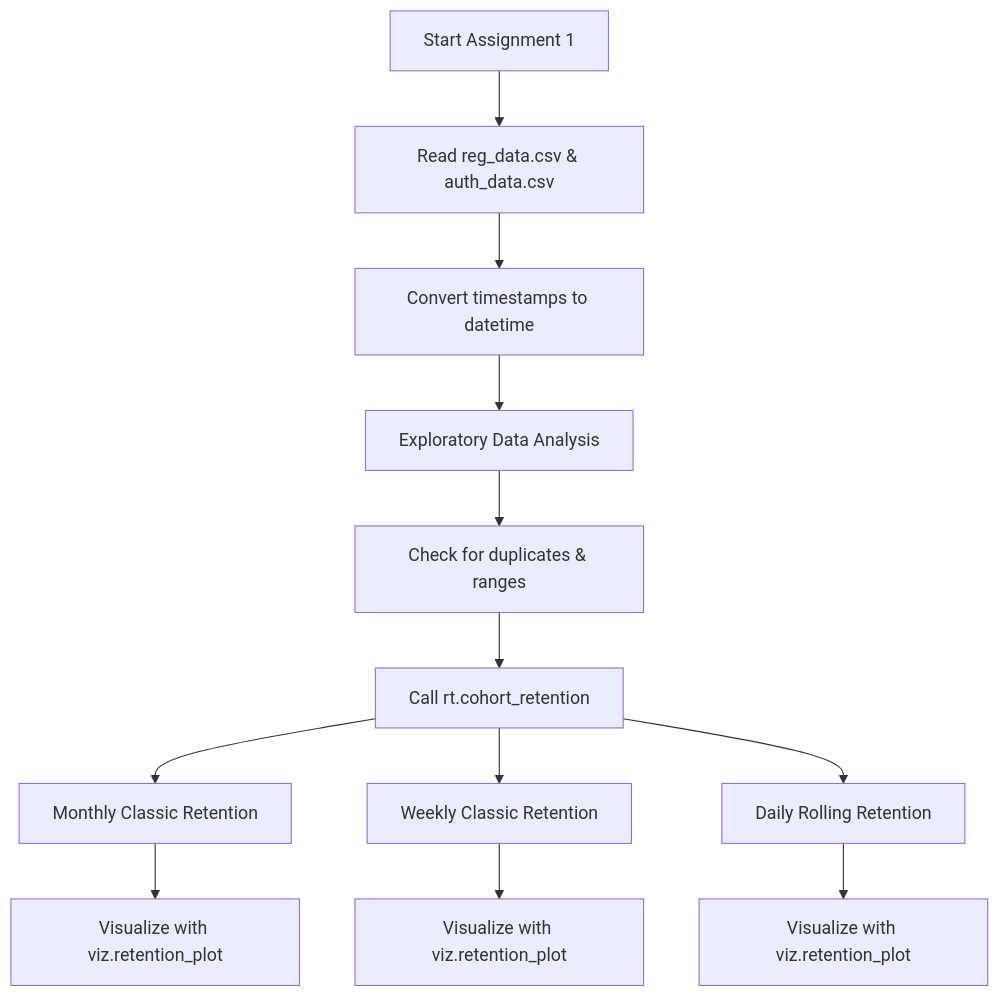
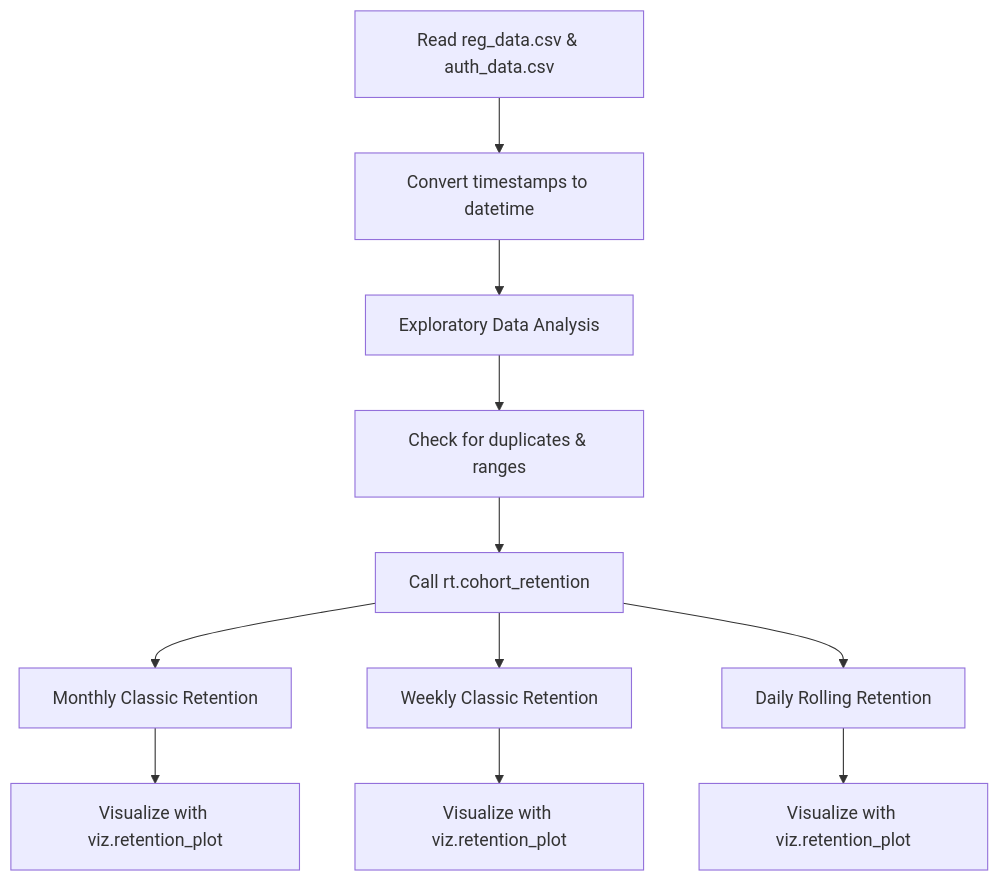
Before and after one commit to AleksandrVinnik/Cohort_Retention_and_Poisson_Bootstrap: the first of 3 diagrams in README.md, drawn with Mermaid. The commit also changed other lines of this file, not shown here.

````diff
--- a/README.md
+++ b/README.md
@@ -16,14 +16,15 @@
 ```mermaid
 graph TD
-  A[Start Assignment 1] --> B[Read reg_data.csv & auth_data.csv]
-  B --> C[Convert timestamps to datetime];
-  C --> D[Exploratory Data Analysis];
-  D --> E[Check for duplicates & ranges];
-  E --> F[Call rt.cohort_retention];
-  F --> G[Monthly Classic Retention];
-  F --> H[Weekly Classic Retention];
-  F --> I[Daily Rolling Retention];
+  A[Read reg_data.csv & auth_data.csv];
+  A --> B[Convert timestamps to datetime];
+  B --> C[Exploratory Data Analysis];
+  C --> D[Check for duplicates & ranges];
+  D --> E[Call rt.cohort_retention];
+  E --> F[Monthly Classic Retention];
+  E --> G[Weekly Classic Retention];
+  E --> H[Daily Rolling Retention];
+  F --> I[Visualize with viz.retention_plot];
   G --> J[Visualize with viz.retention_plot];
   H --> K[Visualize with viz.retention_plot];
-  I --> L[Visualize with viz.retention_plot];
+
 ```
````
